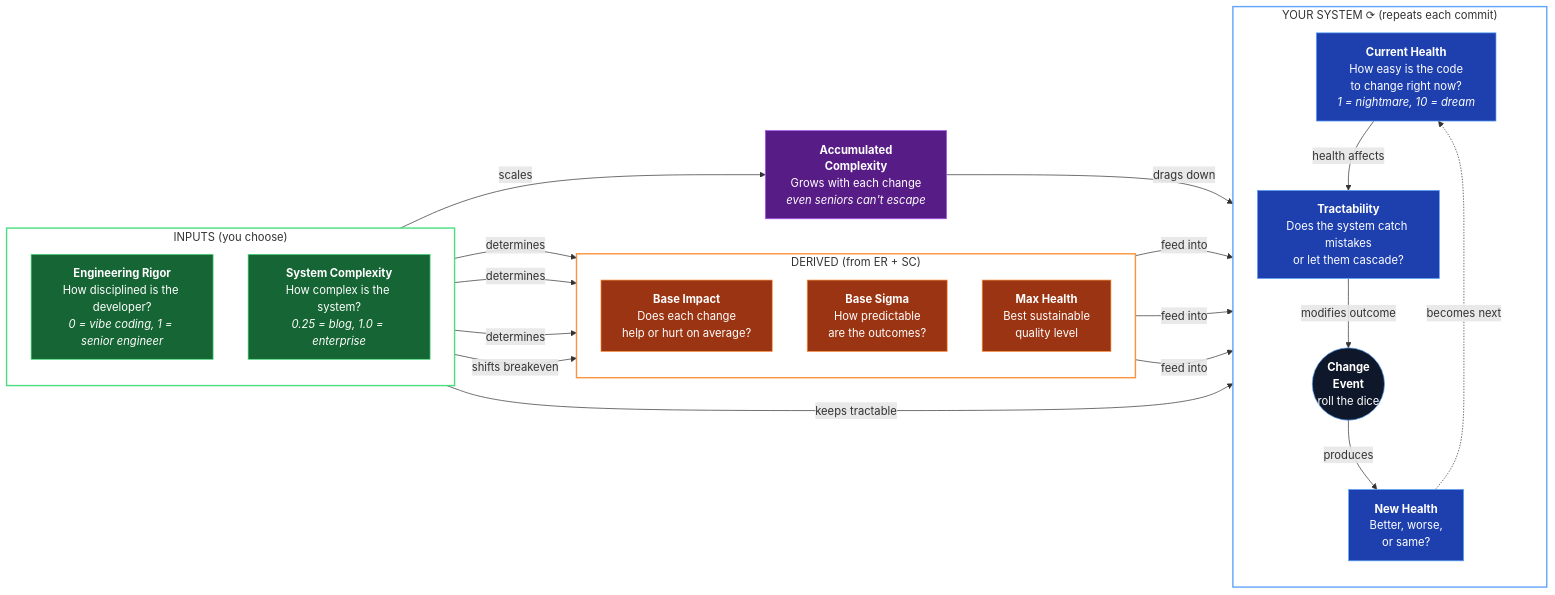
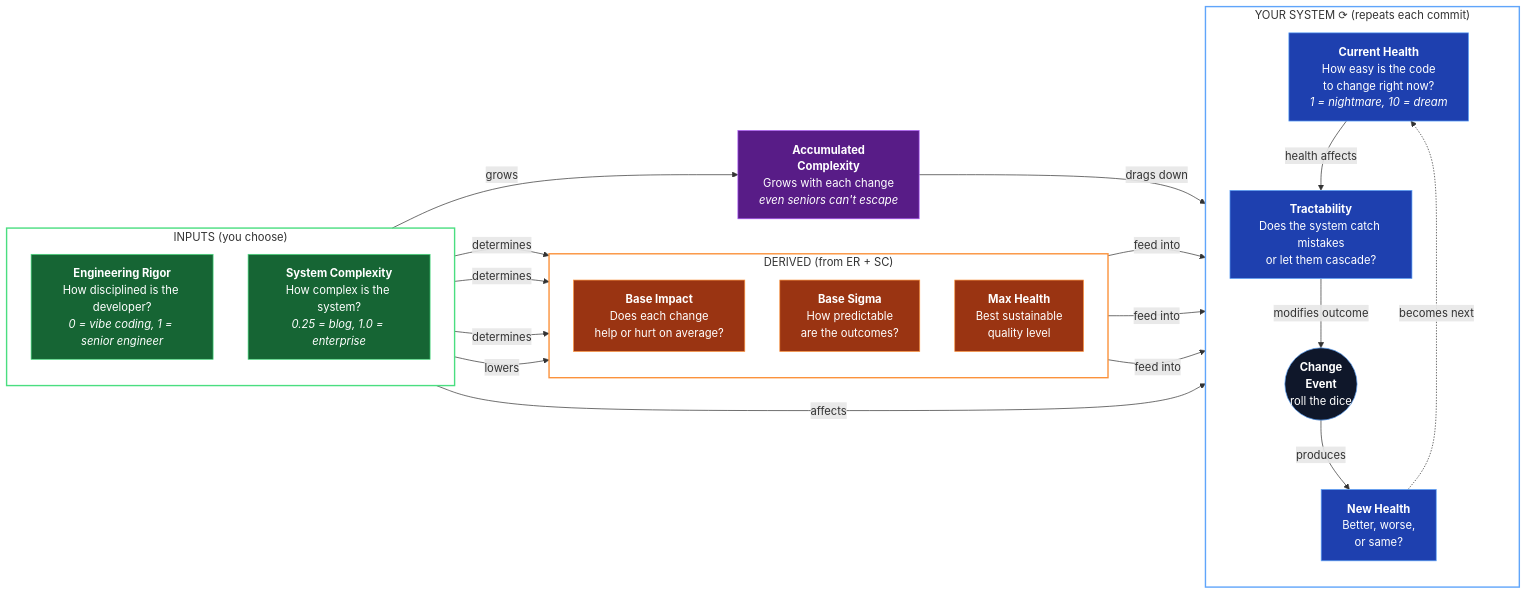
The diagram in README.md (dawid-dahl-umain/product-health-dynamics), drawn with Mermaid before and after one commit.

Commit message:
docs: revise 'Scale Phase' descriptions in README to clarify the impact of shifts on breakeven, tractability, and accumulated complexity

````diff
--- a/README.md
+++ b/README.md
@@ -74,53 +74,53 @@
 ```mermaid
 flowchart LR
     subgraph inputs ["INPUTS (you choose)"]
         direction TB
         ER["<b>Engineering Rigor</b><br/>How disciplined is the developer?<br/><i>0 = vibe coding, 1 = senior engineer</i>"]
         SC["<b>System Complexity</b><br/>How complex is the system?<br/><i>0.25 = blog, 1.0 = enterprise</i>"]
     end
 
     subgraph derived ["DERIVED (from ER + SC)"]
         direction TB
         BI["<b>Base Impact</b><br/>Does each change<br/>help or hurt on average?"]
         BS["<b>Base Sigma</b><br/>How predictable<br/>are the outcomes?"]
         MH["<b>Max Health</b><br/>Best sustainable<br/>quality level"]
     end
 
     subgraph loop ["YOUR SYSTEM ⟳ (repeats each commit)"]
         direction TB
         PH["<b>Current Health</b><br/>How easy is the code<br/>to change right now?<br/><i>1 = nightmare, 10 = dream</i>"]
         SS["<b>Tractability</b><br/>Does the system catch mistakes<br/>or let them cascade?"]
         CE(("<b>Change</b><br/><b>Event</b><br/>roll the dice"))
         NPH["<b>New Health</b><br/>Better, worse,<br/>or same?"]
 
         PH -->|"health affects"| SS
         SS -->|"modifies outcome"| CE
         CE -->|"produces"| NPH
         NPH -.->|"becomes next"| PH
     end
 
     AC["<b>Accumulated</b><br/><b>Complexity</b><br/>Grows with each change<br/><i>even seniors can't escape</i>"]
 
     ER -->|"determines"| BI & BS & MH
-    SC -->|"shifts breakeven"| BI
-    SC -->|"keeps tractable"| SS
-    SC -->|"scales"| AC
+    SC -->|"lowers"| BI
+    SC -->|"affects"| SS
+    SC -->|"grows"| AC
     BI & BS & MH -->|"feed into"| CE
     AC -->|"drags down"| CE
 
     style inputs fill:none,stroke:#4ade80,stroke-width:2px
     style derived fill:none,stroke:#fb923c,stroke-width:2px
     style loop fill:none,stroke:#60a5fa,stroke-width:2px
 
     classDef inputNode fill:#166534,stroke:#4ade80,color:#fff
     classDef derivedNode fill:#9a3412,stroke:#fb923c,color:#fff
     classDef loopNode fill:#1e40af,stroke:#60a5fa,color:#fff
     classDef timeNode fill:#581c87,stroke:#a855f7,color:#fff
     classDef eventNode fill:#0f172a,stroke:#60a5fa,color:#fff
 
     class ER,SC inputNode
     class BI,BS,MH derivedNode
     class PH,SS,NPH loopNode
     class CE eventNode
     class AC timeNode
 ```
````
